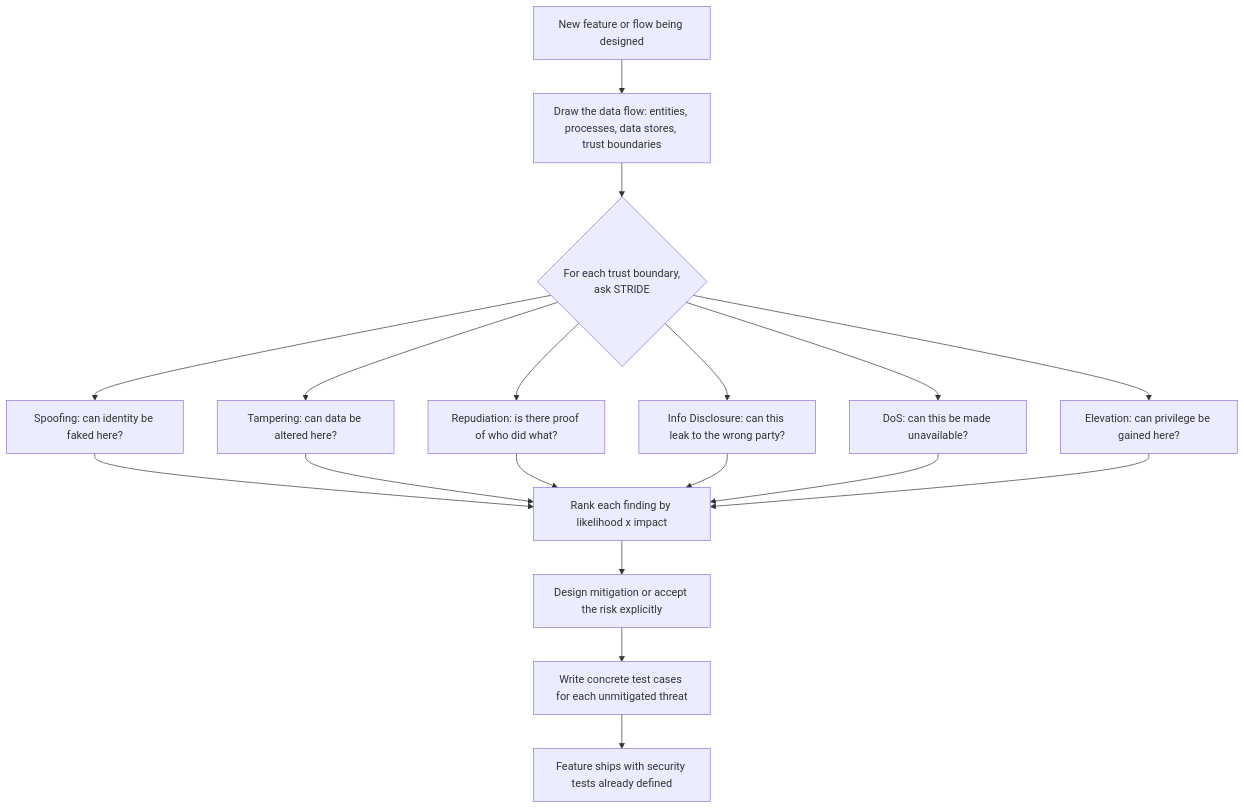
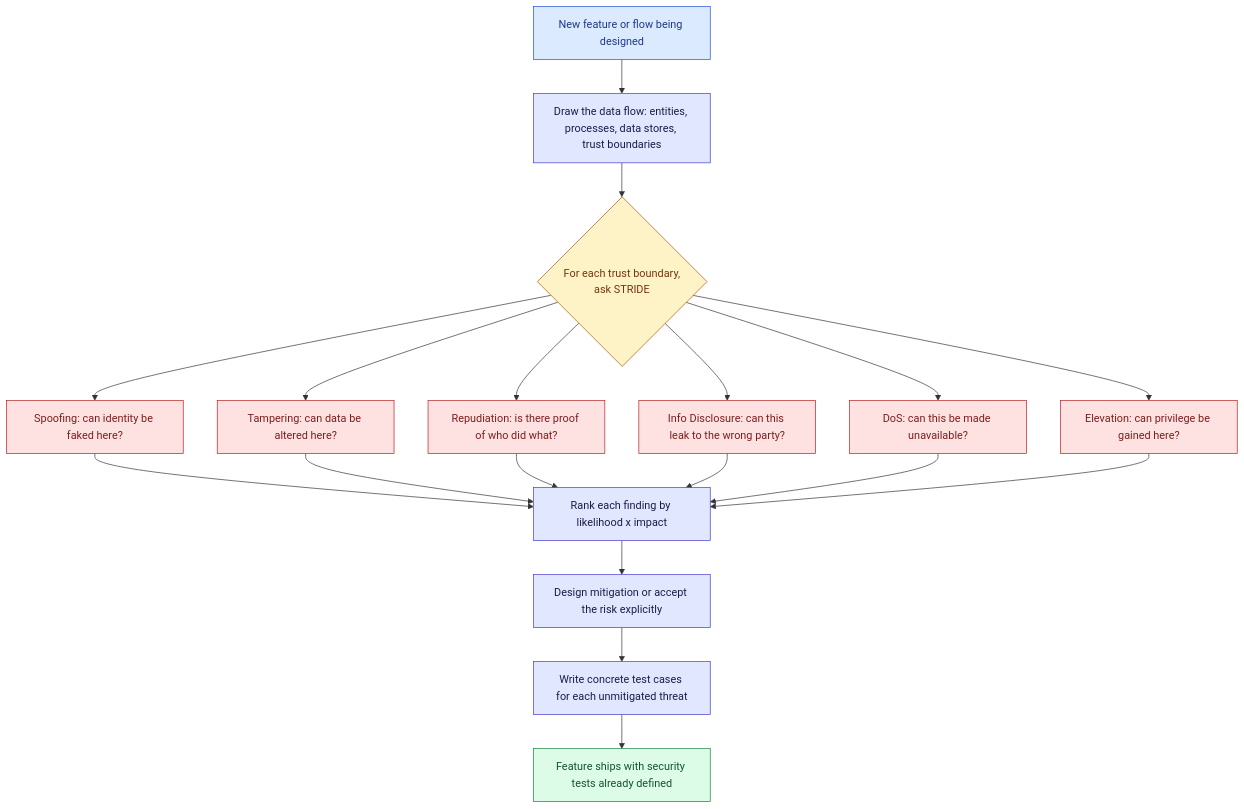
One commit to ghanendra-sdet/non-functional-testing-playbook changed the second of 2 diagrams in Part_04_Security_Testing_Fundamentals_OWASP.md. Above: the diagram before and after it, drawn with Mermaid. The commit also changed other lines of this file and 15 other files, not shown here.

Commit message:
Fix ToC anchors and theme re-render; update to OWASP 2025, WCAG 2.2, PCI DSS 4.0.1; style diagrams

````diff
--- a/Part_04_Security_Testing_Fundamentals_OWASP.md
+++ b/Part_04_Security_Testing_Fundamentals_OWASP.md
@@ -685,20 +743,31 @@
 ```mermaid
 flowchart TD
     Start[New feature or flow being designed] --> Draw[Draw the data flow: entities, processes, data stores, trust boundaries]
-    Draw --> Ask{For each trust boundary,\nask STRIDE}
+    Draw --> Ask{For each trust boundary,<br/>ask STRIDE}
     Ask --> S[Spoofing: can identity be faked here?]
     Ask --> T[Tampering: can data be altered here?]
     Ask --> R[Repudiation: is there proof of who did what?]
     Ask --> I[Info Disclosure: can this leak to the wrong party?]
     Ask --> D[DoS: can this be made unavailable?]
     Ask --> E[Elevation: can privilege be gained here?]
     S --> Rank[Rank each finding by likelihood x impact]
     T --> Rank
     R --> Rank
     I --> Rank
     D --> Rank
     E --> Rank
     Rank --> Mitigate[Design mitigation or accept the risk explicitly]
     Mitigate --> Tests[Write concrete test cases for each unmitigated threat]
     Tests --> Ship[Feature ships with security tests already defined]
+
+    classDef start fill:#dbeafe,stroke:#1d4ed8,color:#1e3a8a
+    classDef step fill:#e0e7ff,stroke:#4338ca,color:#1e1b4b
+    classDef decision fill:#fef3c7,stroke:#b45309,color:#78350f
+    classDef good fill:#dcfce7,stroke:#15803d,color:#14532d
+    classDef bad fill:#fee2e2,stroke:#b91c1c,color:#7f1d1d
+    class Start start
+    class Draw,Rank,Mitigate,Tests step
+    class Ask decision
+    class S,T,R,I,D,E bad
+    class Ship good
 ```
````
